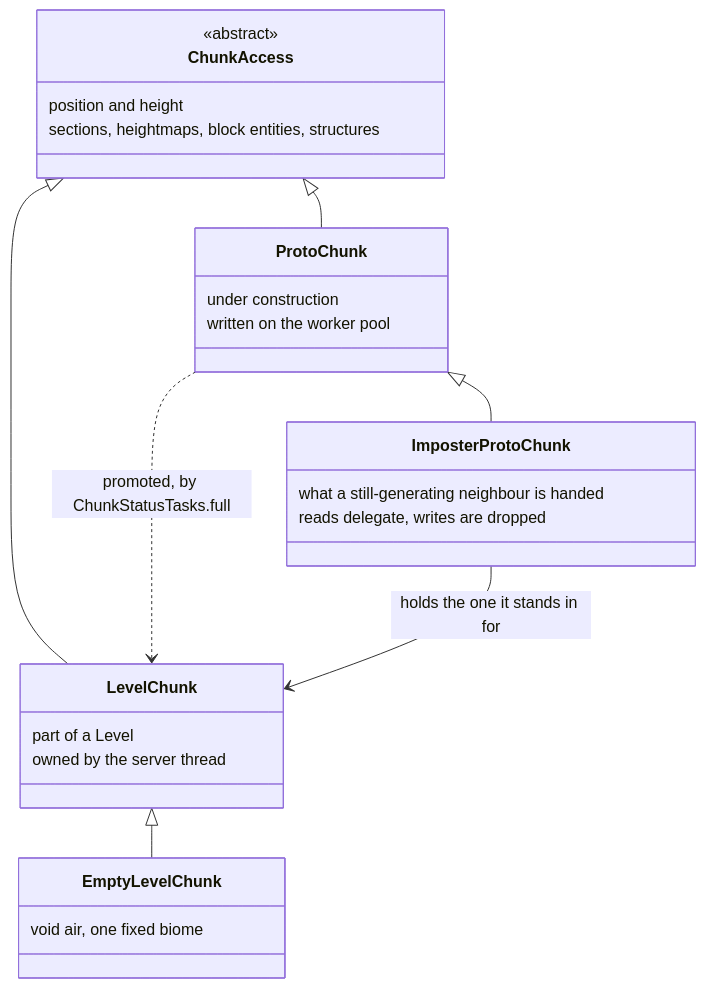
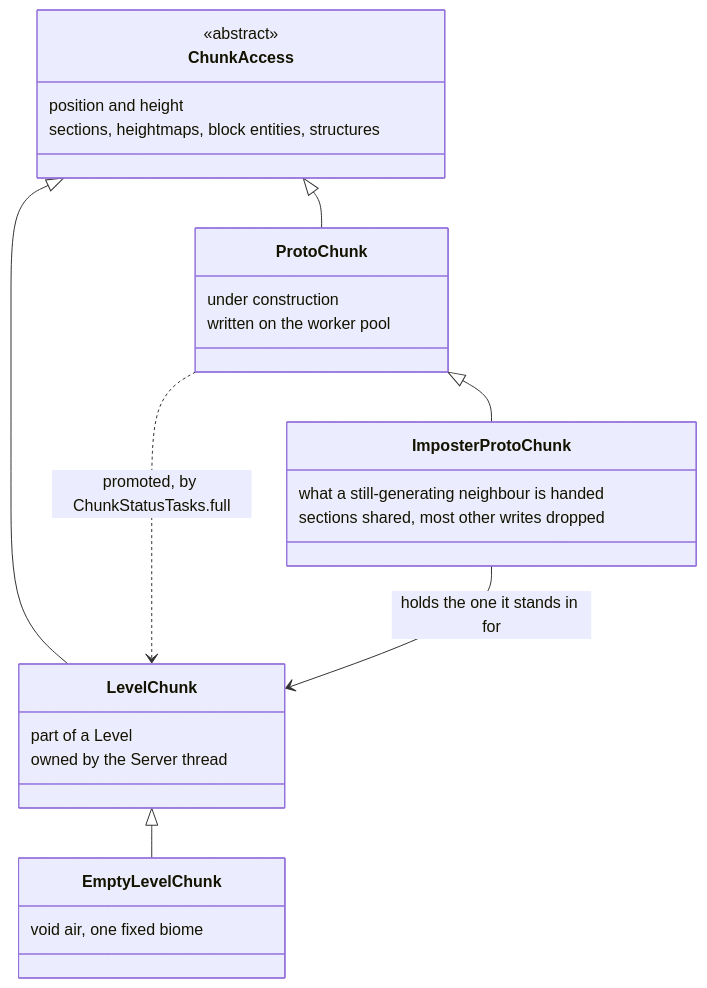
The first of 2 diagrams in src/systems/world/chunk-anatomy.md (AlexanderjFraser/MinecraftDocs), drawn with Mermaid before and after one commit. The commit also changed other lines of this file and 20 other files, not shown here.

````diff
--- a/src/systems/world/chunk-anatomy.md
+++ b/src/systems/world/chunk-anatomy.md
@@ -34,29 +34,29 @@
 ```mermaid
 classDiagram
     class ChunkAccess {
         <<abstract>>
         position and height
         sections, heightmaps, block entities, structures
     }
     class ProtoChunk {
         under construction
         written on the worker pool
     }
     class LevelChunk {
         part of a Level
-        owned by the server thread
+        owned by the Server thread
     }
     class ImposterProtoChunk {
         what a still-generating neighbour is handed
-        reads delegate, writes are dropped
+        sections shared, most other writes dropped
     }
     class EmptyLevelChunk {
         void air, one fixed biome
     }
     ChunkAccess <|-- ProtoChunk
     ChunkAccess <|-- LevelChunk
     ProtoChunk <|-- ImposterProtoChunk
     LevelChunk <|-- EmptyLevelChunk
     ProtoChunk ..> LevelChunk : promoted, by ChunkStatusTasks.full
     ImposterProtoChunk --> LevelChunk : holds the one it stands in for
 ```
````
